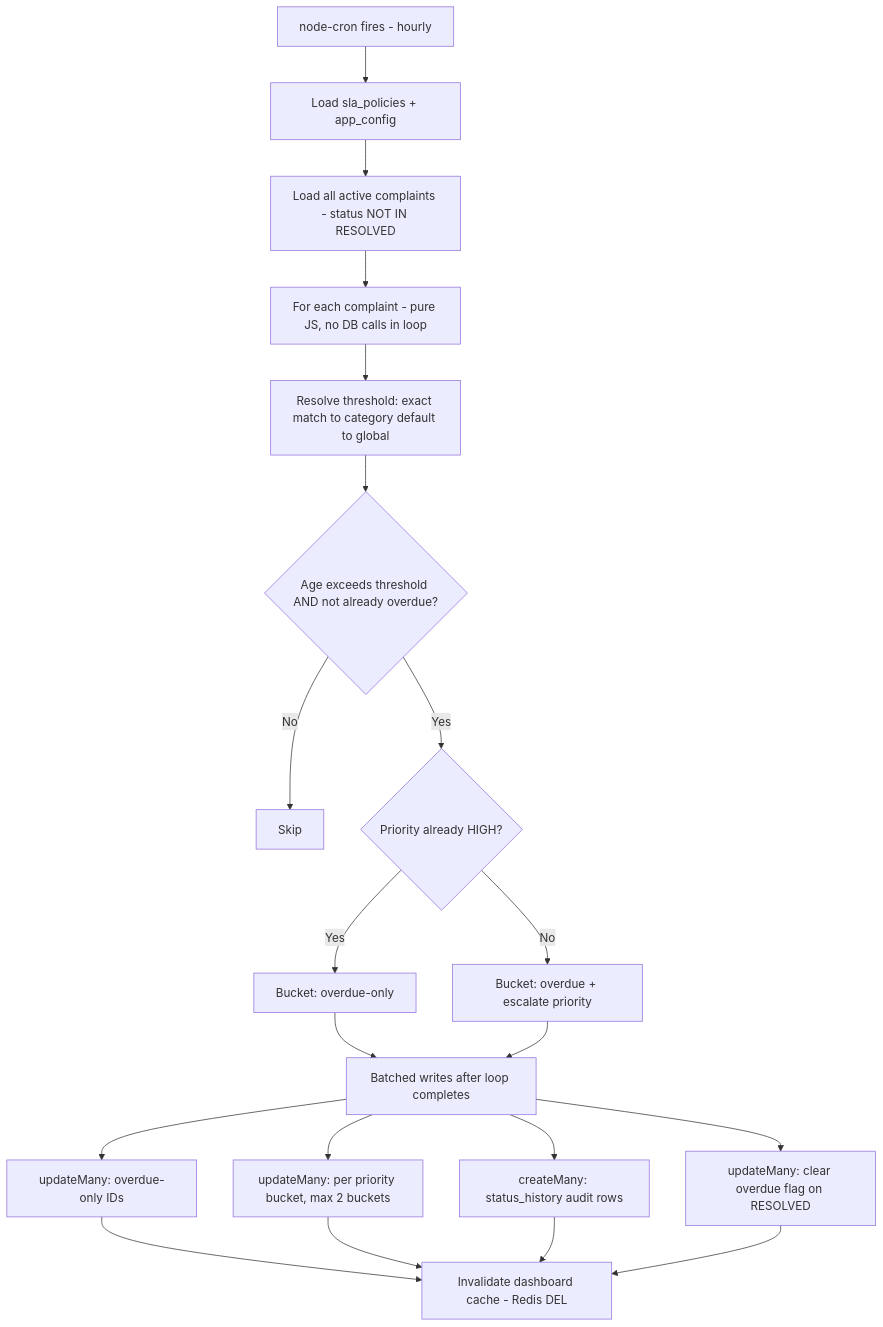
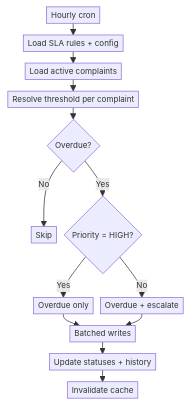
The third of 8 diagrams in SYSTEM_DESIGN.md (Suyash121212/SocietyTrack), drawn with Mermaid before and after one commit. The commit also changed other lines of this file, not shown here.

````diff
--- a/SYSTEM_DESIGN.md
+++ b/SYSTEM_DESIGN.md
@@ -64,19 +64,16 @@
 ```mermaid
+%%{init: {'themeVariables': {'fontSize': '11px'}, 'flowchart': {'nodeSpacing': 10, 'rankSpacing': 16, 'padding': 3}}}%%
 flowchart TD
-    A[node-cron fires - hourly] --> B[Load sla_policies + app_config]
-    B --> C[Load all active complaints - status NOT IN RESOLVED]
-    C --> D[For each complaint - pure JS, no DB calls in loop]
-    D --> E[Resolve threshold: exact match to category default to global]
-    E --> F{Age exceeds threshold AND not already overdue?}
-    F -->|No| G[Skip]
-    F -->|Yes| H{Priority already HIGH?}
-    H -->|Yes| I[Bucket: overdue-only]
-    H -->|No| J[Bucket: overdue + escalate priority]
-    I --> K[Batched writes after loop completes]
-    J --> K
-    K --> L[updateMany: overdue-only IDs]
-    K --> M[updateMany: per priority bucket, max 2 buckets]
-    K --> N[createMany: status_history audit rows]
-    K --> O[updateMany: clear overdue flag on RESOLVED]
-    L & M & N & O --> P[Invalidate dashboard cache - Redis DEL]
+    A[Hourly cron] --> B[Load SLA rules + config]
+    B --> C[Load active complaints]
+    C --> D[Resolve threshold per complaint]
+    D --> E{Overdue?}
+    E -->|No| F[Skip]
+    E -->|Yes| G{Priority = HIGH?}
+    G -->|Yes| H[Overdue only]
+    G -->|No| I[Overdue + escalate]
+    H --> J[Batched writes]
+    I --> J
+    J --> K[Update statuses + history]
+    K --> L[Invalidate cache]
 ```
````
